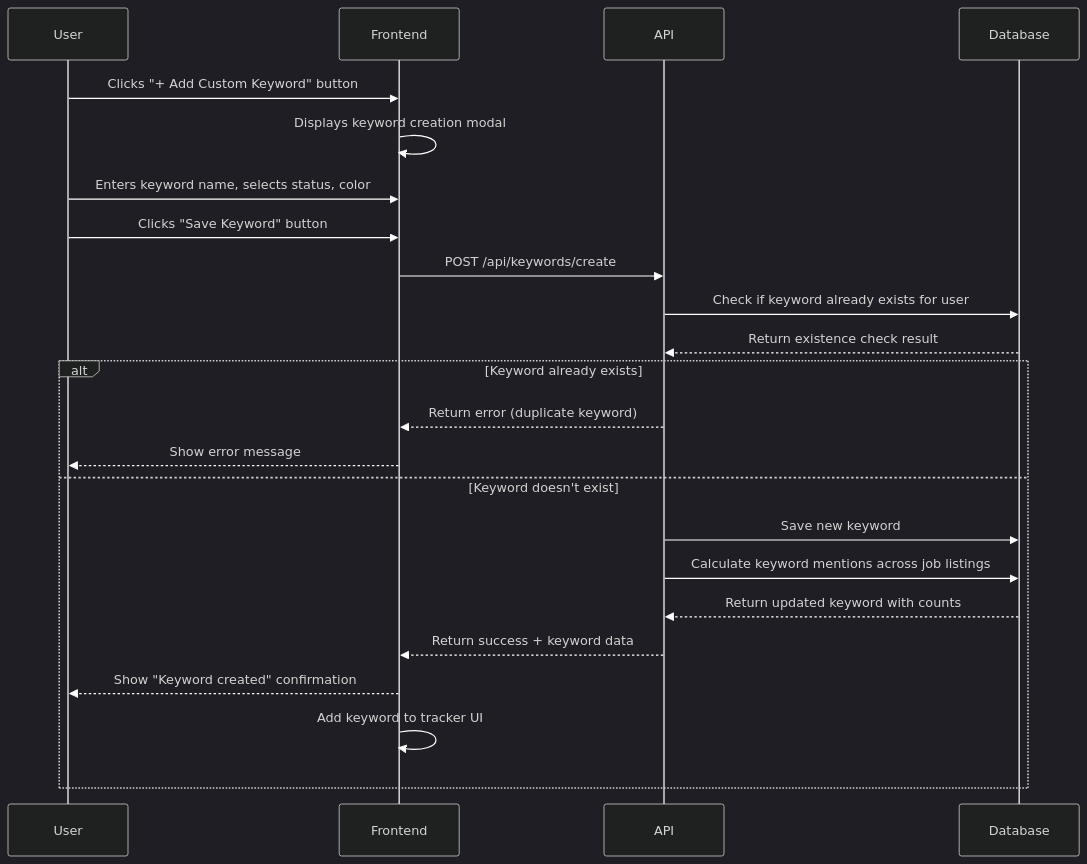
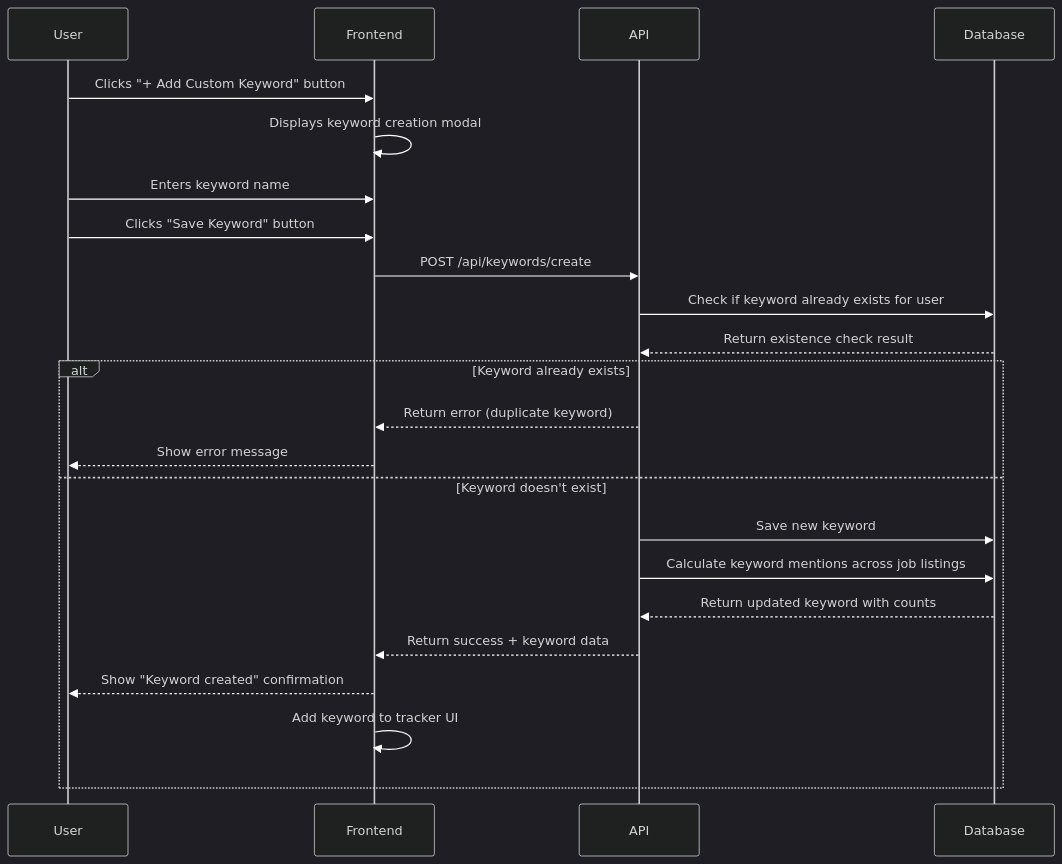
The first of 2 diagrams in docs/docs/diagrams/network_calls/create_keyword.md (lmcrean/tributary), drawn with Mermaid before and after one commit. The commit also changed other lines of this file, not shown here.

Commit message:
Simplify Create Keyword diagram: Remove status and color attributes from workflow

````diff
--- a/docs/docs/diagrams/network_calls/create_keyword.md
+++ b/docs/docs/diagrams/network_calls/create_keyword.md
@@ -7,28 +7,28 @@
 ```mermaid
 %%{init: {'theme': 'dark', 'themeVariables': { 'primaryTextColor': '#ffffff', 'primaryColor': '#ffffff', 'noteBkgColor': '#2b2b2b', 'noteTextColor': '#ffffff', 'activationBorderColor': '#ffffff', 'signalColor': '#ffffff' }}}%%
 sequenceDiagram
     participant User
     participant Frontend
     participant API
     participant Database
 
     User->>Frontend: Clicks "+ Add Custom Keyword" button
     Frontend->>Frontend: Displays keyword creation modal
-    User->>Frontend: Enters keyword name, selects status, color
+    User->>Frontend: Enters keyword name
     User->>Frontend: Clicks "Save Keyword" button
     Frontend->>API: POST /api/keywords/create
     API->>Database: Check if keyword already exists for user
     Database-->>API: Return existence check result
     
     alt Keyword already exists
         API-->>Frontend: Return error (duplicate keyword)
         Frontend-->>User: Show error message
     else Keyword doesn't exist
         API->>Database: Save new keyword
         API->>Database: Calculate keyword mentions across job listings
         Database-->>API: Return updated keyword with counts
         API-->>Frontend: Return success + keyword data
         Frontend-->>User: Show "Keyword created" confirmation
         Frontend->>Frontend: Add keyword to tracker UI
     end
 ```
````
